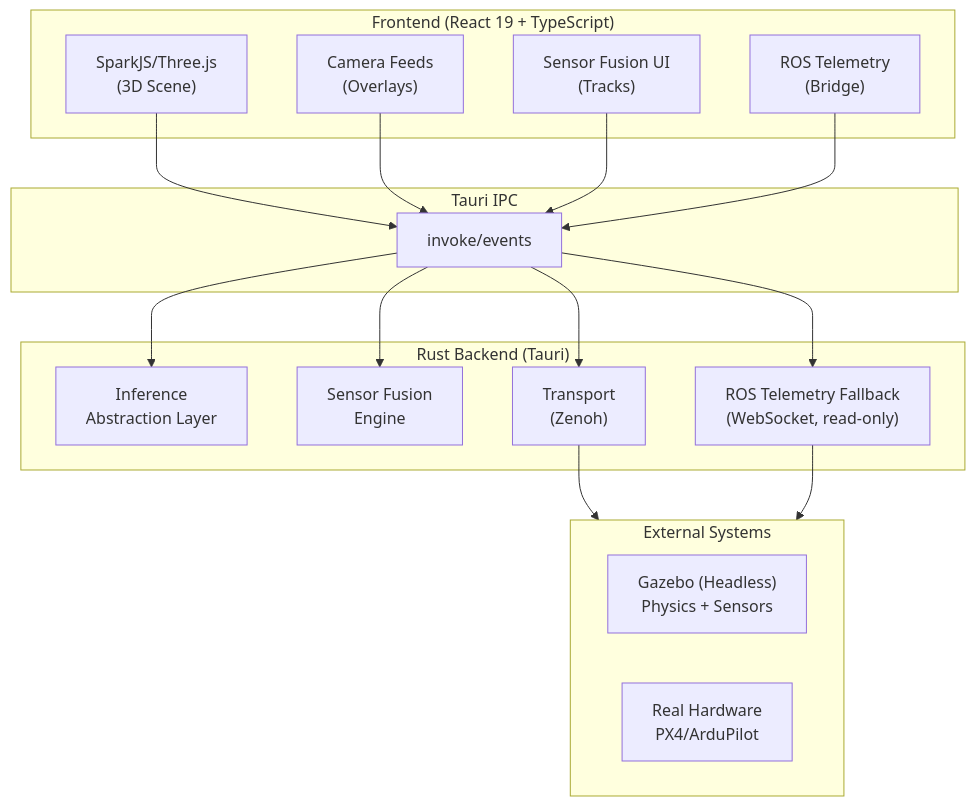
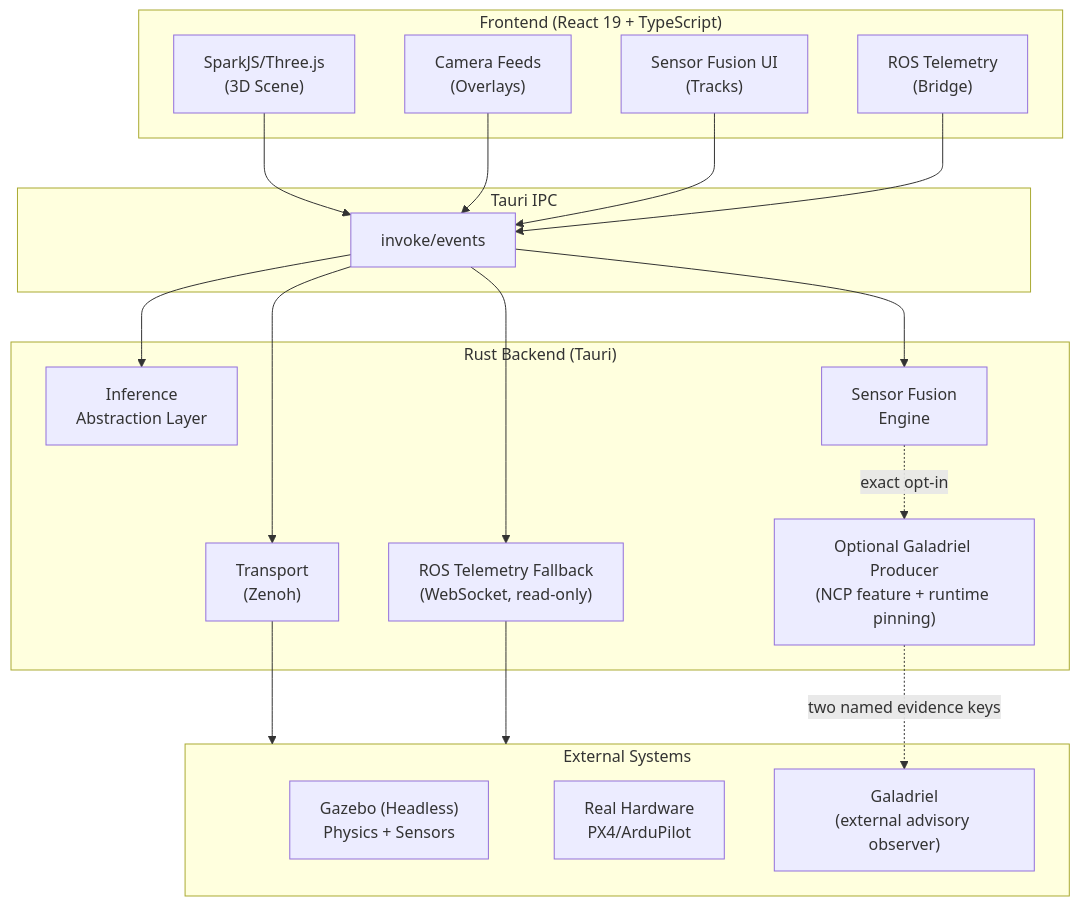
Before and after one commit to sepahead/crebain: the diagram in README.md, drawn with Mermaid. The commit also changed other lines of this file and 46 other files, not shown here.

First line of the commit message:
feat(galadriel): ship bounded evidence producer (#30)

````diff
--- a/README.md
+++ b/README.md
@@ -190,38 +193,42 @@
 ```mermaid
 graph TB
     subgraph Frontend["Frontend (React 19 + TypeScript)"]
         ThreeJS["SparkJS/Three.js<br/>(3D Scene)"]
         CameraFeeds["Camera Feeds<br/>(Overlays)"]
         FusionUI["Sensor Fusion UI<br/>(Tracks)"]
         ROSControls["ROS Telemetry<br/>(Bridge)"]
     end
 
     subgraph IPC["Tauri IPC"]
         Invoke["invoke/events"]
     end
 
     subgraph Backend["Rust Backend (Tauri)"]
         Inference["Inference<br/>Abstraction Layer"]
         SensorFusion["Sensor Fusion<br/>Engine"]
         Zenoh["Transport<br/>(Zenoh)"]
         ROSBridge["ROS Telemetry Fallback<br/>(WebSocket, read-only)"]
+        GaladrielProducer["Optional Galadriel Producer<br/>(NCP feature + runtime pinning)"]
     end
 
     subgraph External["External Systems"]
         Gazebo["Gazebo (Headless)<br/>Physics + Sensors"]
         Hardware["Real Hardware<br/>PX4/ArduPilot"]
+        Galadriel["Galadriel<br/>(external advisory observer)"]
     end
 
     ThreeJS --> Invoke
     CameraFeeds --> Invoke
     FusionUI --> Invoke
     ROSControls --> Invoke
 
     Invoke --> Inference
     Invoke --> SensorFusion
     Invoke --> Zenoh
     Invoke --> ROSBridge
+    SensorFusion -. exact opt-in .-> GaladrielProducer
 
     Zenoh --> External
     ROSBridge --> External
+    GaladrielProducer -. two named evidence keys .-> Galadriel
 ```
````
